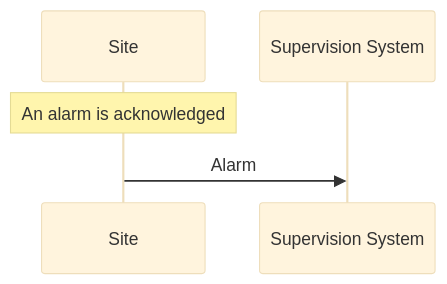
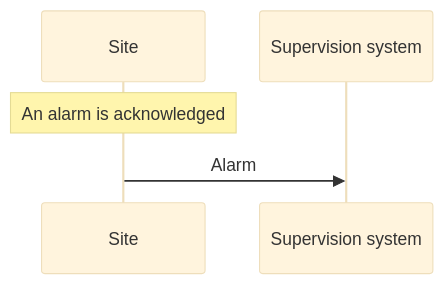
One commit to rsmp-nordic/rsmp_core changed the fifth of 16 diagrams in pages/applicability/basic_structure.md. Above: the diagram before and after it, drawn with Mermaid (base theme). The commit also changed other lines of this file and 25 other files, not shown here.

````diff
--- a/pages/applicability/basic_structure.md
+++ b/pages/applicability/basic_structure.md
@@ -485,7 +488,7 @@
 ```mermaid
 sequenceDiagram
     participant A as Site
-    participant B as Supervision System
+    participant B as Supervision system
     Note over A: An alarm is acknowledged
     A->>B: Alarm
 ```
````
